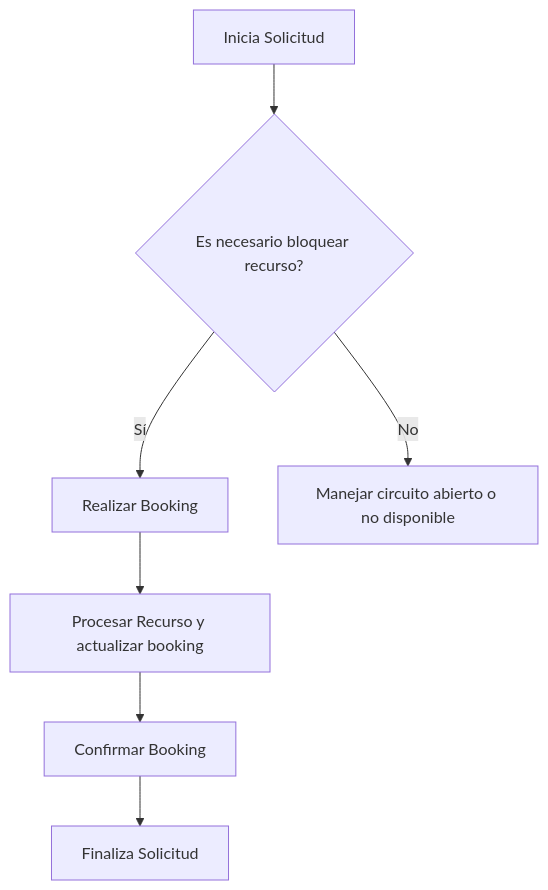
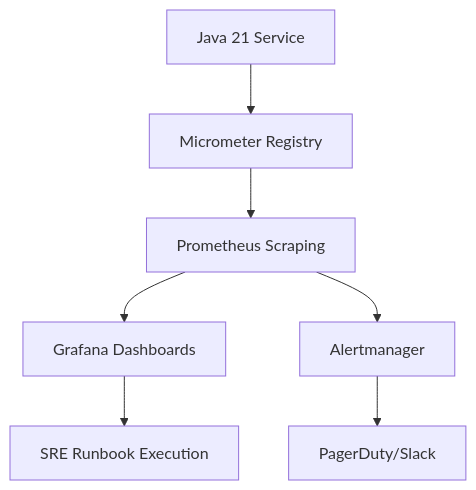
Before and after one commit to Joaquinriosheredia/DAM-Java-Mastery: the third of 7 diagrams in _Review/circuit_breaking_avanzado_y_adaptive_concurrency/circuit_breaking_avanzado_y_adaptive_concurrency.md, drawn with Mermaid. The commit also changed other lines of this file, not shown here.

Commit message:
Circuit Breaking Avanzado y Adaptive Concurrency en Java 21

````diff
--- a/_Review/circuit_breaking_avanzado_y_adaptive_concurrency/circuit_breaking_avanzado_y_adaptive_concurrency.md
+++ b/_Review/circuit_breaking_avanzado_y_adaptive_concurrency/circuit_breaking_avanzado_y_adaptive_concurrency.md
@@ -217,10 +239,9 @@
 ```mermaid
 graph TD
-    A[Inicia Solicitud] --> B{Es necesario bloquear recurso?}
-    B -->|Sí| C[Realizar Booking]
-    C --> D[Procesar Recurso y actualizar booking]
-    D --> E[Confirmar Booking]
-    E --> F[Finaliza Solicitud]
-    B -->|No| G[Manejar circuito abierto o no disponible]
-
+    APP[Java 21 Service] --> MET[Micrometer Registry]
+    MET --> PROM[Prometheus Scraping]
+    PROM --> GRAF[Grafana Dashboards]
+    PROM --> ALERT[Alertmanager]
+    ALERT --> PAGER[PagerDuty/Slack]
+    GRAF --> RUNBOOK[SRE Runbook Execution]
 ```
````
